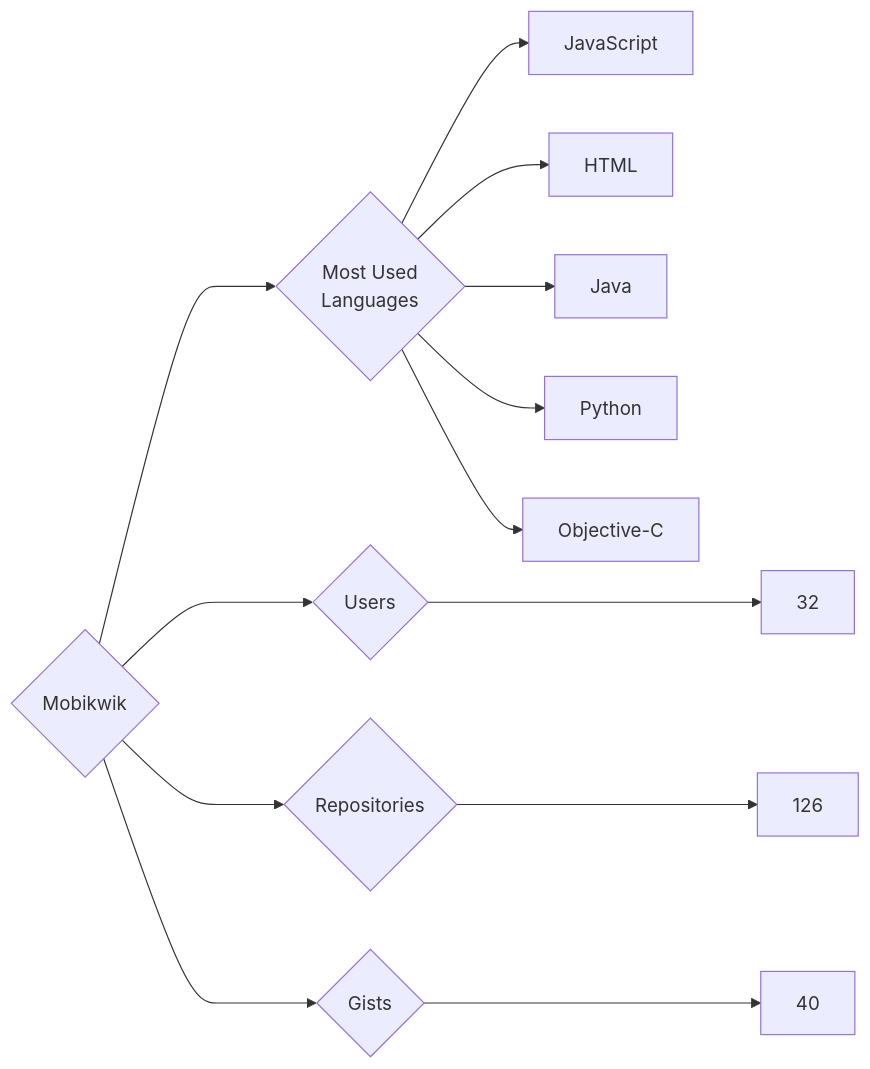
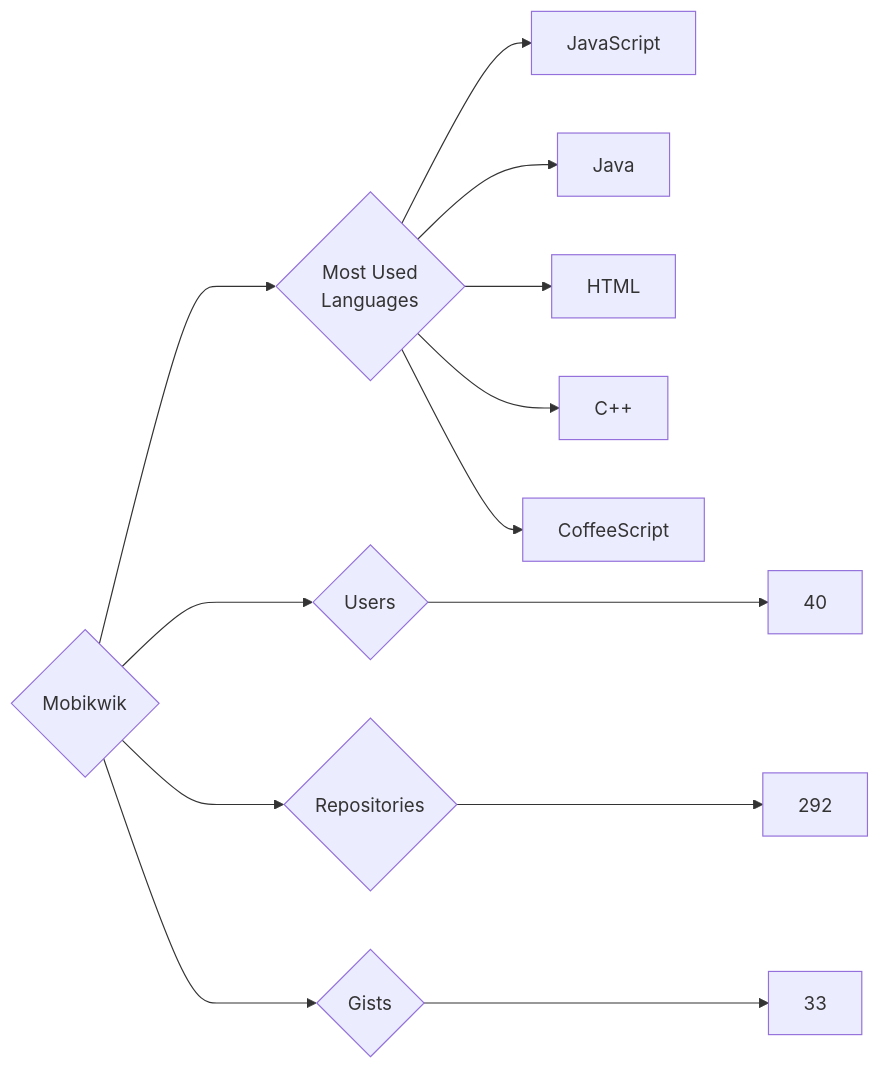
The diagram in targets/Mobikwik/README.md (trickest/insiders), drawn with Mermaid before and after one commit. The commit also changed 973 other files, not shown here.

````diff
--- a/targets/Mobikwik/README.md
+++ b/targets/Mobikwik/README.md
@@ -3,13 +3,13 @@
 ```mermaid
 graph LR
 COMPANY_NAME{Mobikwik}
-COMPANY_NAME ---> U{Users} ---> UN[32]
-COMPANY_NAME ---> R{Repositories} ---> RN[126]
-COMPANY_NAME ---> G{Gists} ---> GN[40]
+COMPANY_NAME ---> U{Users} ---> UN[40]
+COMPANY_NAME ---> R{Repositories} ---> RN[292]
+COMPANY_NAME ---> G{Gists} ---> GN[33]
 COMPANY_NAME ---> ML{Most Used<br>Languages}
 ML --> JavaScript[JavaScript]
+ML --> Java[Java]
 ML --> HTML[HTML]
-ML --> Java[Java]
-ML --> Python[Python]
-ML --> Objective-C[Objective-C]
+ML --> C++[C++]
+ML --> CoffeeScript[CoffeeScript]
 ```
````
